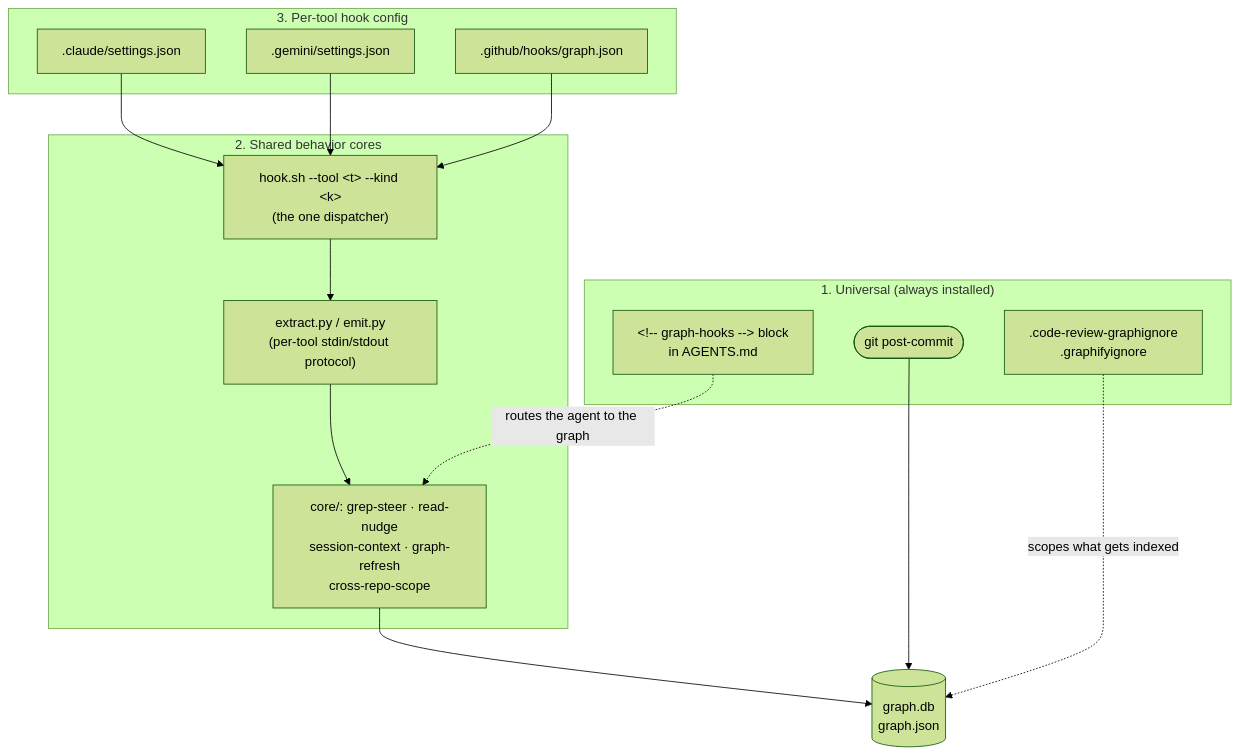
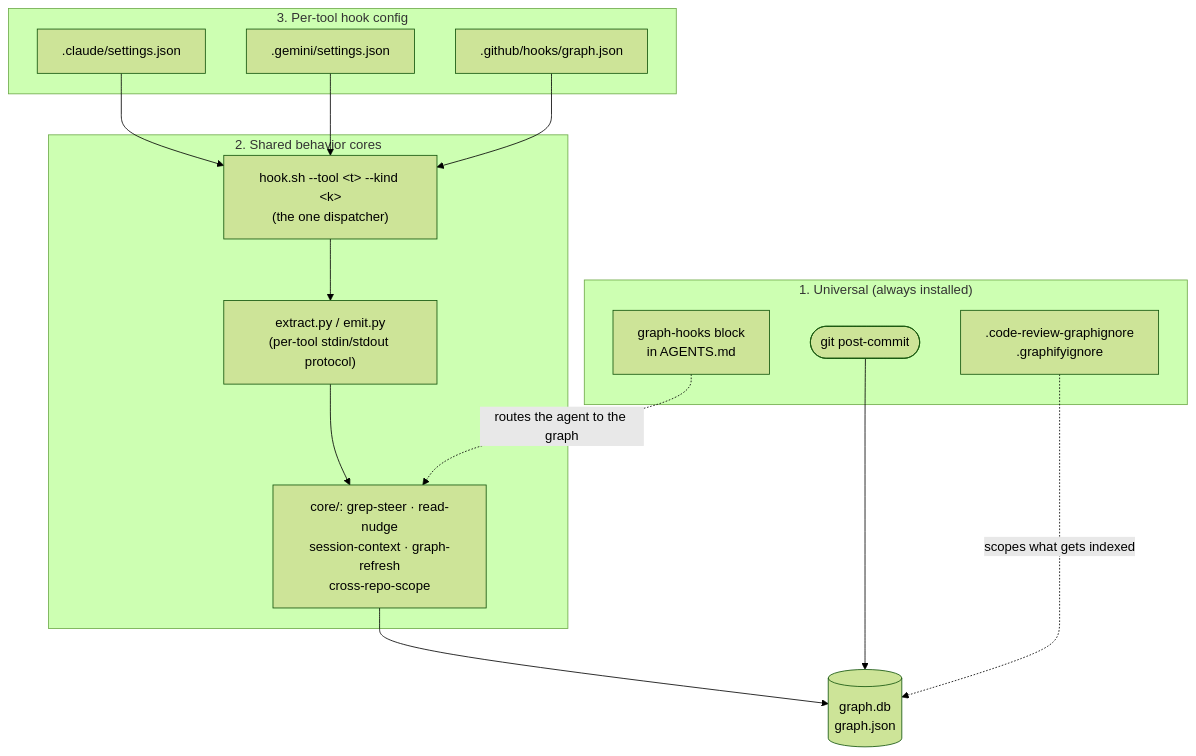
The diagram in skills/engineering/setup-graph-hooks/SKILL.md (xyzxyz442/x442-skills), drawn with Mermaid (forest theme) before and after one commit. The commit also changed other lines of this file and 13 other files, not shown here.

````diff
--- a/skills/engineering/setup-graph-hooks/SKILL.md
+++ b/skills/engineering/setup-graph-hooks/SKILL.md
@@ -41,30 +42,30 @@
 ```mermaid
 flowchart TD
     subgraph l3["3. Per-tool hook config"]
         CC[".claude/settings.json"]
         GEM[".gemini/settings.json"]
         COP[".github/hooks/graph.json"]
     end
 
     subgraph l2["2. Shared behavior cores"]
         D["hook.sh --tool &lt;t&gt; --kind &lt;k&gt;<br/>(the one dispatcher)"]
         X["extract.py / emit.py<br/>(per-tool stdin/stdout protocol)"]
         C["core/: grep-steer · read-nudge<br/>session-context · graph-refresh<br/>cross-repo-scope"]
     end
 
     subgraph l1["1. Universal (always installed)"]
-        AG["&lt;!-- graph-hooks --&gt; block<br/>in AGENTS.md"]
+        AG["graph-hooks block<br/>in AGENTS.md"]
         PC(["git post-commit"])
         IG[".code-review-graphignore<br/>.graphifyignore"]
     end
 
     CC --> D
     GEM --> D
     COP --> D
     D --> X
     X --> C
     C --> ART[("graph.db<br/>graph.json")]
     PC --> ART
     AG -.->|"routes the agent to the graph"| C
     IG -.->|"scopes what gets indexed"| ART
 ```
````
